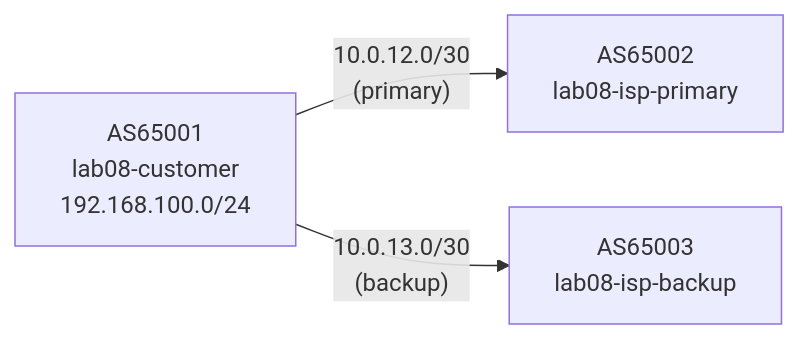
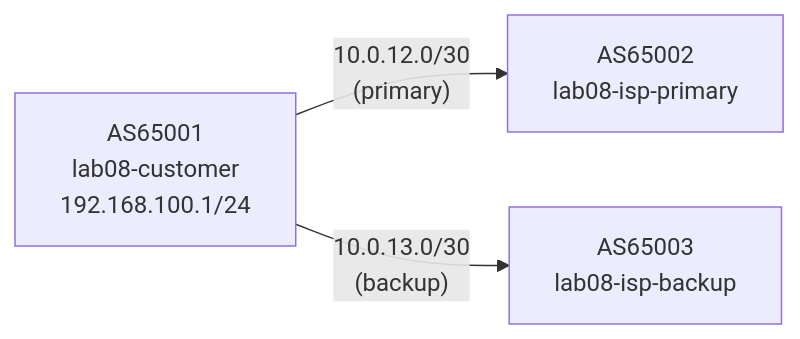
One commit to jkirklan/bgp-labs changed the diagram in lab08-failover/README.md. Above: the diagram before and after it, drawn with Mermaid. The commit also changed 15 other files, not shown here.

````diff
--- a/lab08-failover/README.md
+++ b/lab08-failover/README.md
@@ -51,5 +51,5 @@
 ```mermaid
 graph LR
-    C["AS65001<br>lab08-customer<br>192.168.100.0/24"] -->|"10.0.12.0/30<br>(primary)"| P["AS65002<br>lab08-isp-primary"]
+    C["AS65001<br>lab08-customer<br>192.168.100.1/24"] -->|"10.0.12.0/30<br>(primary)"| P["AS65002<br>lab08-isp-primary"]
     C -->|"10.0.13.0/30<br>(backup)"| B["AS65003<br>lab08-isp-backup"]
 ```
````
